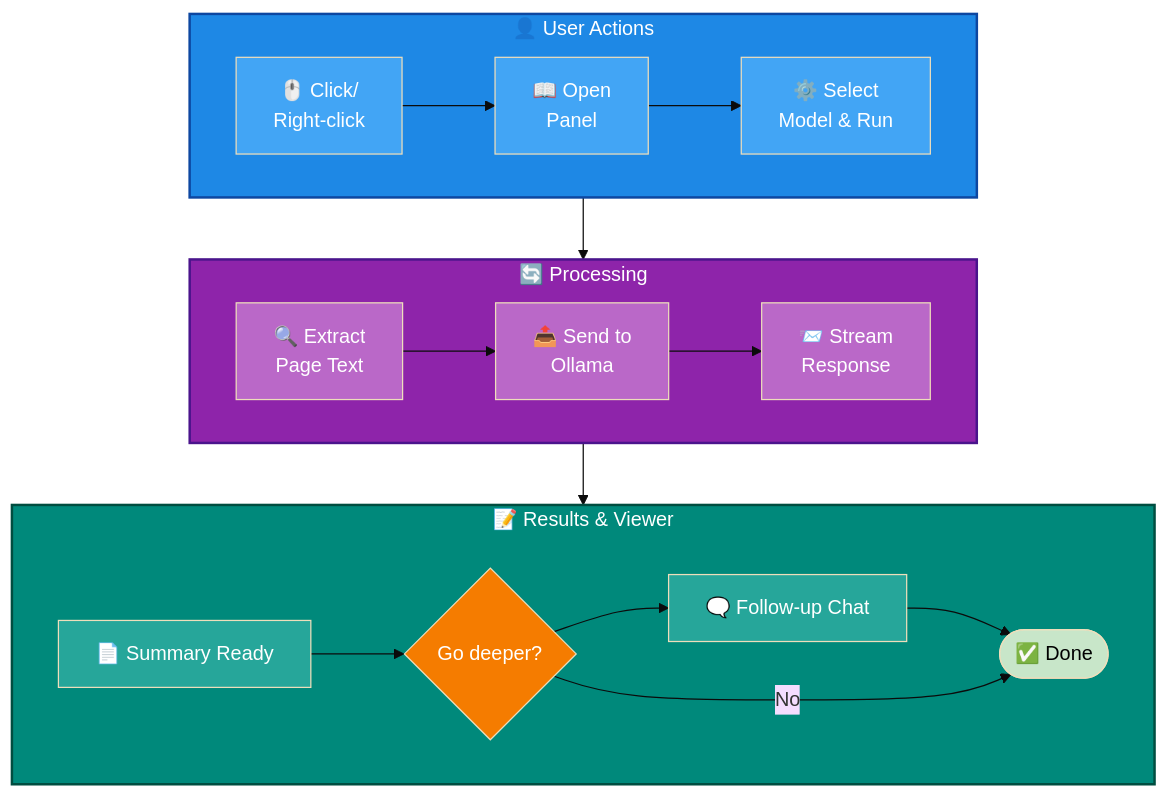
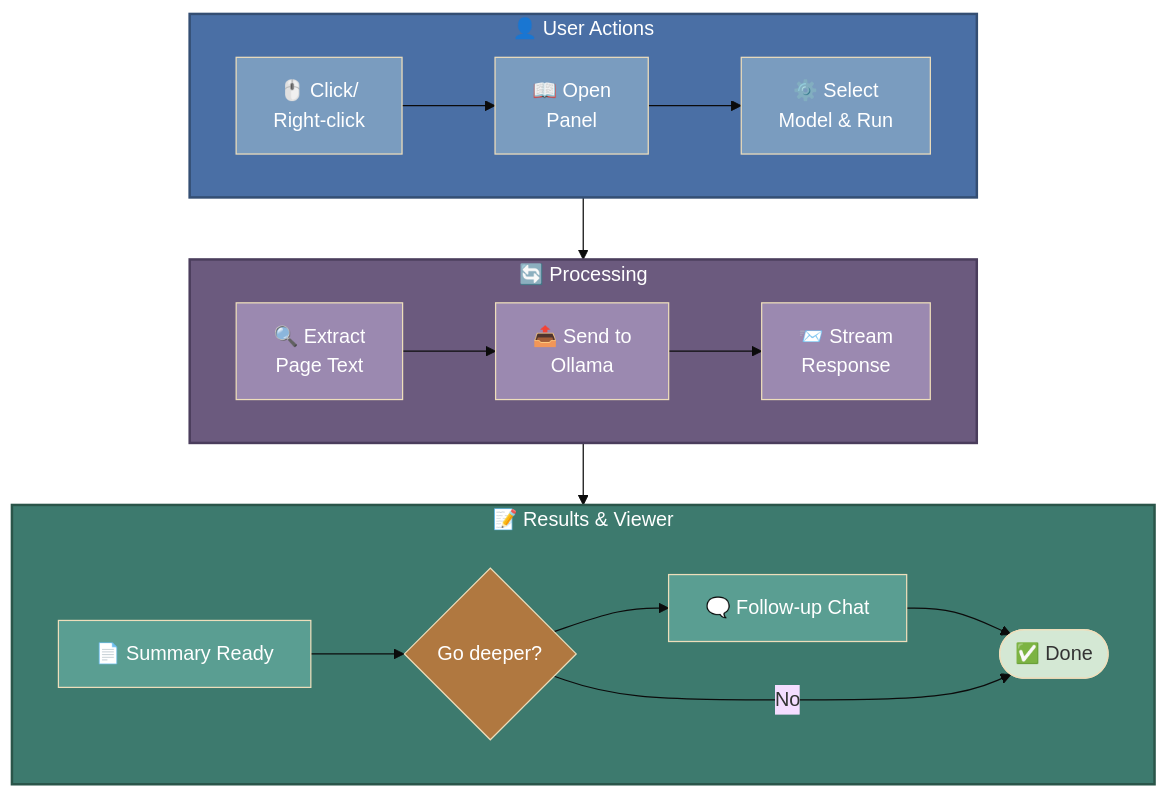
One commit to ioncat/llm-onpage-summarizer changed the diagram in README.md. Above: the diagram before and after it, drawn with Mermaid (base theme).

Commit message:
docs: mute diagram colors for a calmer visual tone

````diff
--- a/README.md
+++ b/README.md
@@ -24,32 +24,32 @@
 ```mermaid
 graph TD
     subgraph UA["👤 User Actions"]
         UA1["🖱️ Click/<br/>Right-click"] --> UA2["📖 Open<br/>Panel"] --> UA3["⚙️ Select<br/>Model & Run"]
     end
 
     subgraph OL["🔄 Processing"]
         OL1["🔍 Extract<br/>Page Text"] --> OL2["📤 Send to<br/>Ollama"] --> OL3["📨 Stream<br/>Response"]
     end
 
     subgraph RES["📝 Results & Viewer"]
         RES1["📄 Summary Ready"] --> RES2{Go deeper?} --> RES3["🗨️ Follow-up Chat"] --> RES4([✅ Done])
         RES2 -->|No| RES4
     end
 
     UA --> OL
     OL --> RES
 
-    style UA fill:#1e88e5,color:#fff,stroke:#0d47a1,stroke-width:2px
-    style OL fill:#8e24aa,color:#fff,stroke:#4a148c,stroke-width:2px
-    style RES fill:#00897b,color:#fff,stroke:#004d40,stroke-width:2px
-    style UA1 fill:#42a5f5,color:#fff
-    style UA2 fill:#42a5f5,color:#fff
-    style UA3 fill:#42a5f5,color:#fff
-    style OL1 fill:#ba68c8,color:#fff
-    style OL2 fill:#ba68c8,color:#fff
-    style OL3 fill:#ba68c8,color:#fff
-    style RES1 fill:#26a69a,color:#fff
-    style RES2 fill:#f57c00,color:#fff
-    style RES3 fill:#26a69a,color:#fff
-    style RES4 fill:#c8e6c9,color:#000
+    style UA fill:#4a6fa5,color:#fff,stroke:#344e73,stroke-width:2px
+    style OL fill:#6b5a7e,color:#fff,stroke:#4a3d5c,stroke-width:2px
+    style RES fill:#3d7a6e,color:#fff,stroke:#2a5549,stroke-width:2px
+    style UA1 fill:#7a9cbf,color:#fff
+    style UA2 fill:#7a9cbf,color:#fff
+    style UA3 fill:#7a9cbf,color:#fff
+    style OL1 fill:#9b89b0,color:#fff
+    style OL2 fill:#9b89b0,color:#fff
+    style OL3 fill:#9b89b0,color:#fff
+    style RES1 fill:#5a9e92,color:#fff
+    style RES2 fill:#b07840,color:#fff
+    style RES3 fill:#5a9e92,color:#fff
+    style RES4 fill:#d4e8d4,color:#333
 ```
````
